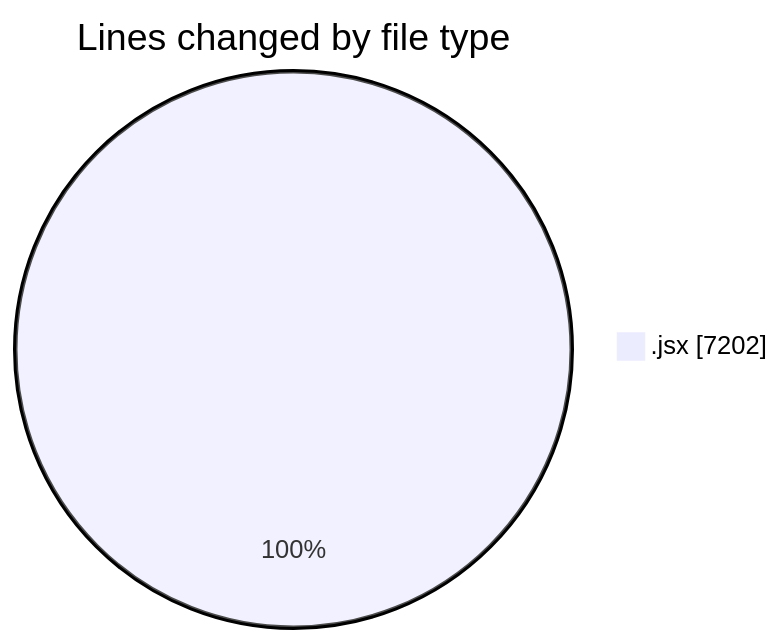
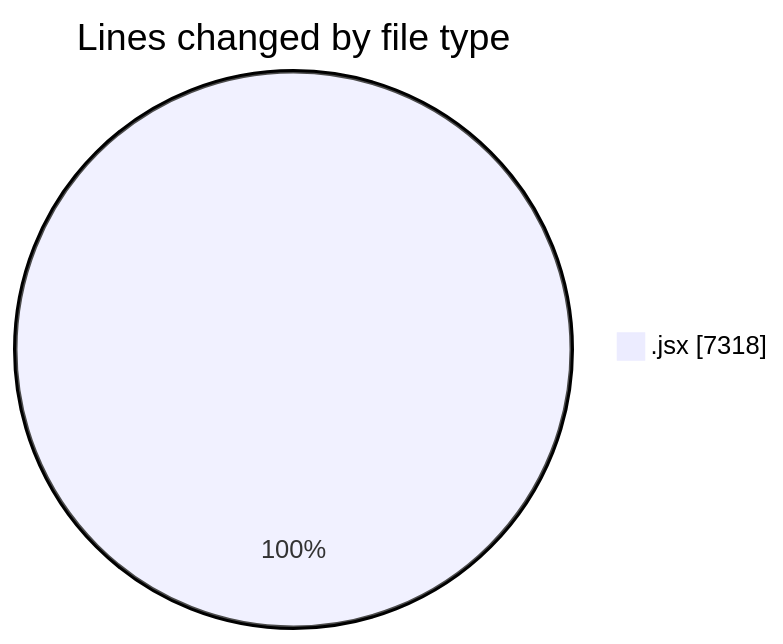
Before and after one commit to nxtqubesakshisongat/code-tracking: the first of 2 diagrams in 2025-06-14/nxtqube_webapp/README.md, drawn with Mermaid. The commit also changed other lines of this file and 1 other file, not shown here.

````diff
--- a/2025-06-14/nxtqube_webapp/README.md
+++ b/2025-06-14/nxtqube_webapp/README.md
@@ -26,5 +26,5 @@
 ```mermaid
 pie showData
 title Lines changed by file type
-".jsx" : 7202
+".jsx" : 7318
 ```
````
